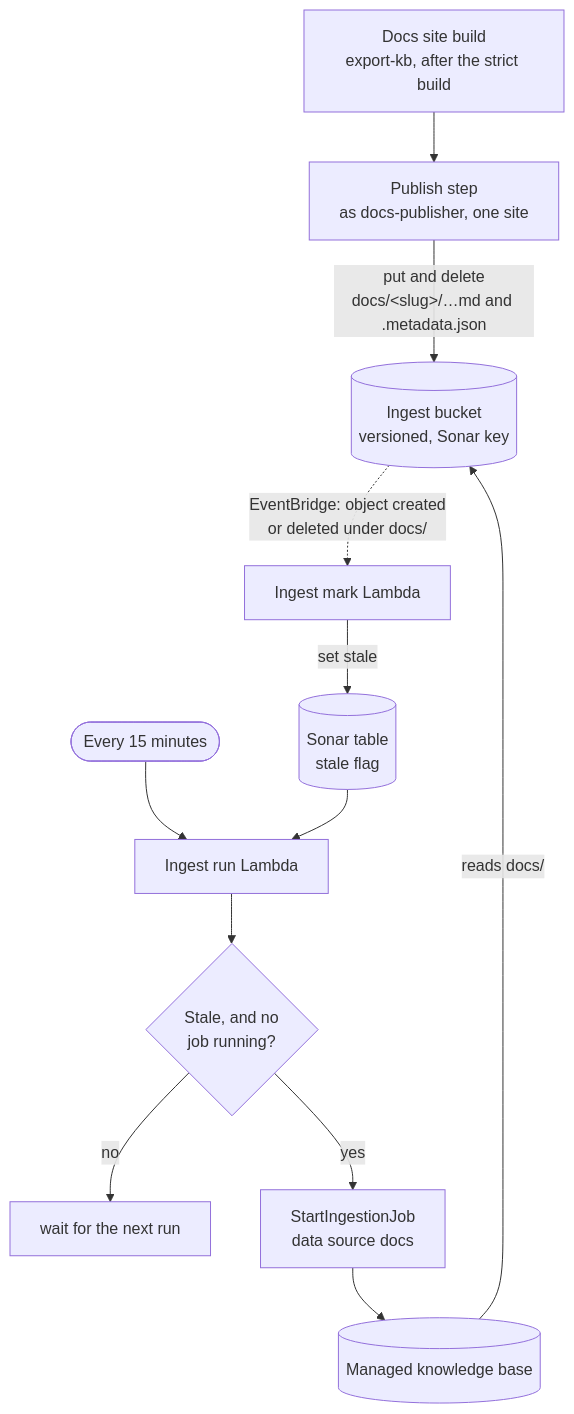
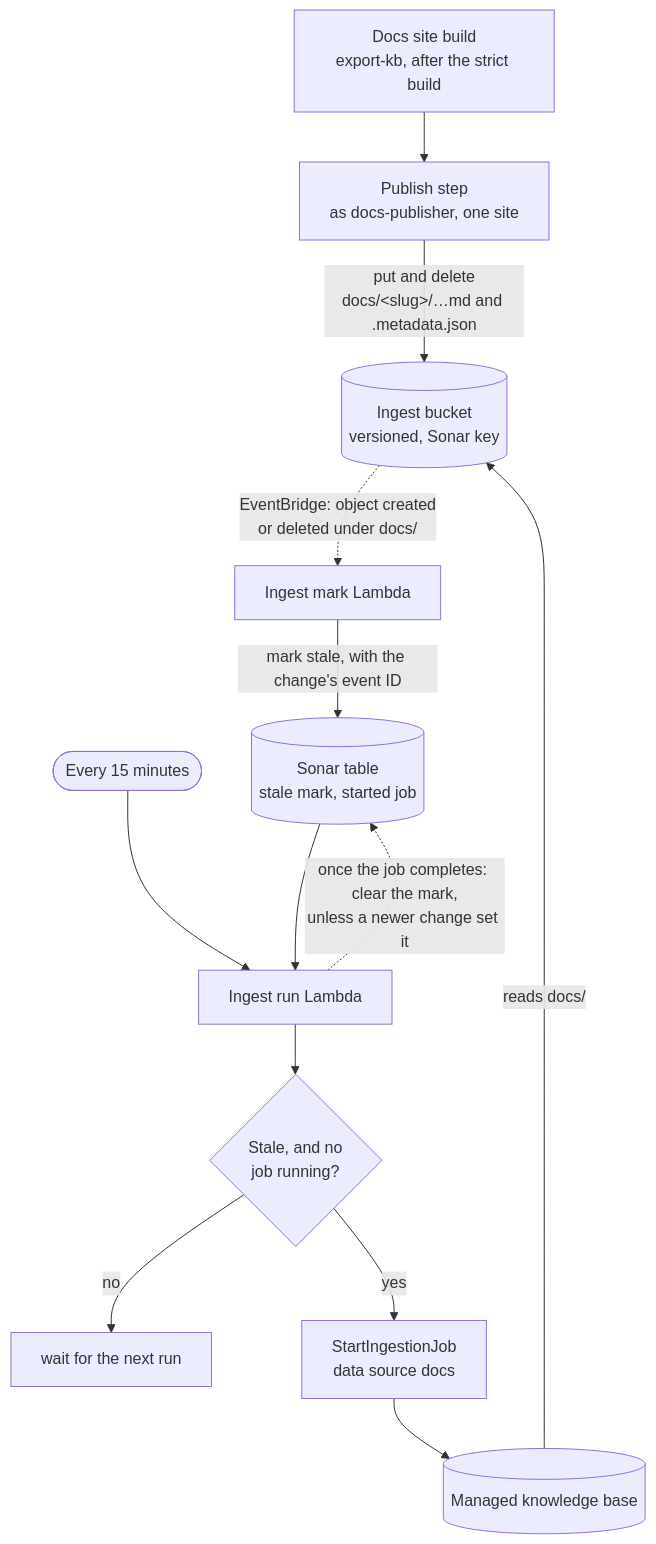
The fourth of 7 diagrams in docs/design.md (umccr/orcasonar), drawn with Mermaid before and after one commit. The commit also changed other lines of this file and 29 other files, not shown here.

````diff
--- a/docs/design.md
+++ b/docs/design.md
@@ -211,14 +212,15 @@
 ```mermaid
 flowchart TB
     build["Docs site build<br/>export-kb, after the strict build"] --> publish["Publish step<br/>as docs-publisher, one site"]
     publish -- "put and delete<br/>docs/#lt;slug#gt;/…md and .metadata.json" --> bucket[("Ingest bucket<br/>versioned, Sonar key")]
     bucket -. "EventBridge: object created<br/>or deleted under docs/" .-> mark["Ingest mark Lambda"]
-    mark -- "set stale" --> flag[("Sonar table<br/>stale flag")]
+    mark -- "mark stale, with the change's event ID" --> flag[("Sonar table<br/>stale mark, started job")]
     timer(["Every 15 minutes"]) --> run["Ingest run Lambda"]
     flag --> run
     run --> check{"Stale, and no<br/>job running?"}
     check -- no --> wait["wait for the next run"]
     check -- yes --> job["StartIngestionJob<br/>data source docs"]
     job --> kb[("Managed knowledge base")]
     kb -- "reads docs/" --> bucket
+    run -. "once the job completes: clear the mark,<br/>unless a newer change set it" .-> flag
 ```
````
